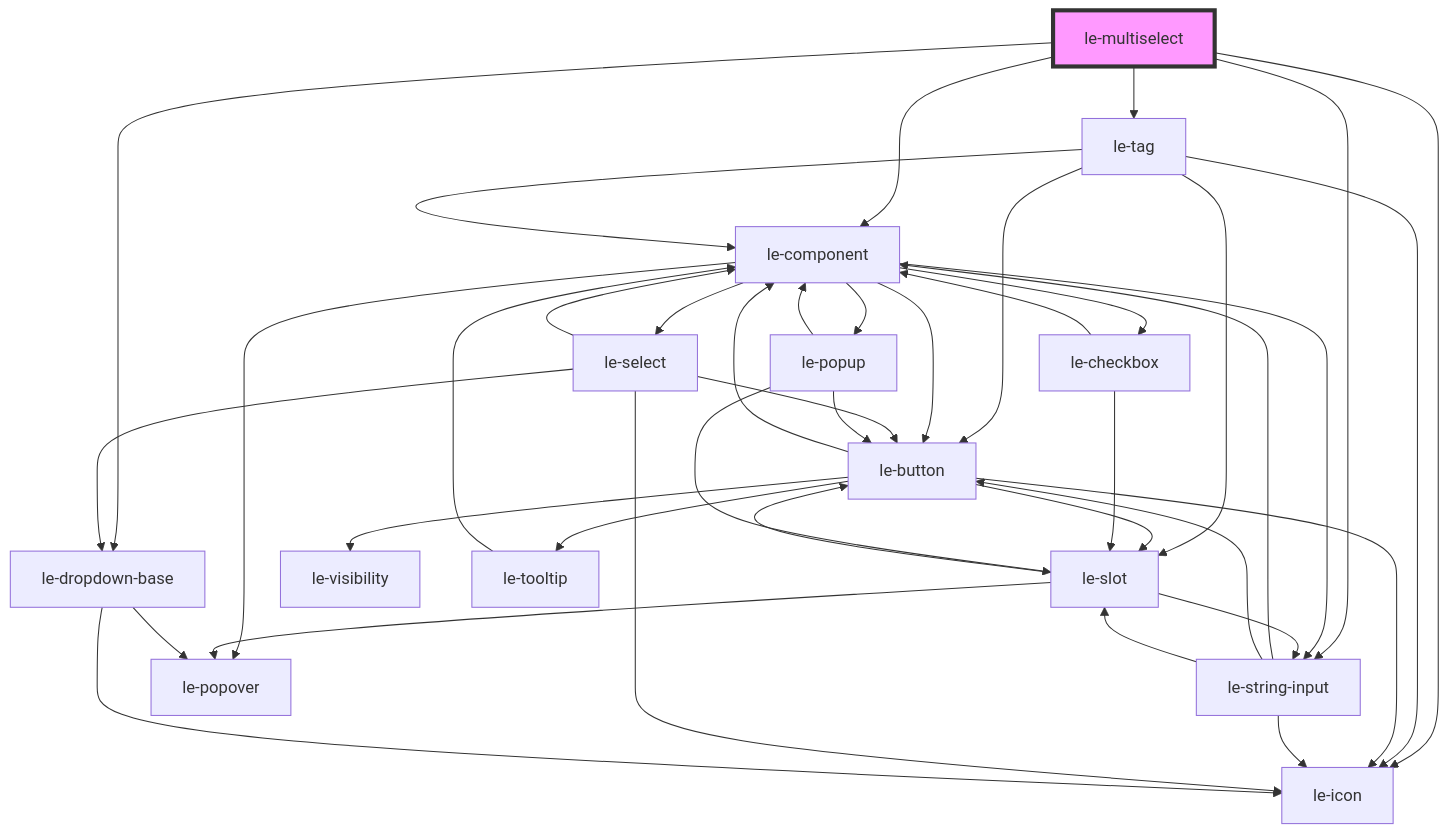
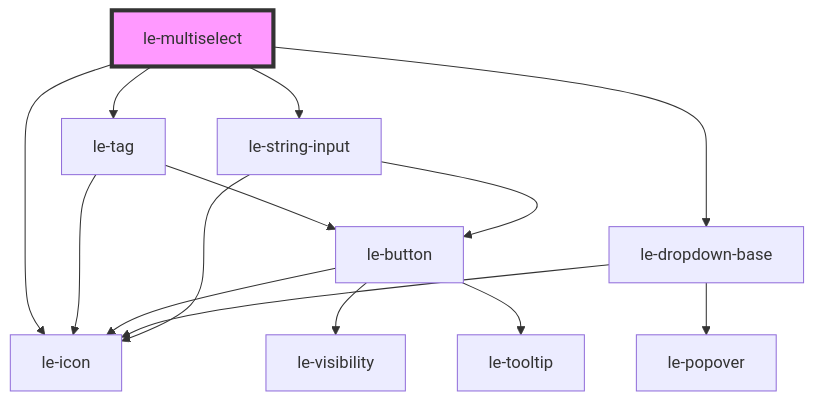
The diagram in packages/core/src/components/le-multiselect/readme.md (leechy/le-kit), drawn with Mermaid before and after one commit. The commit also changed other lines of this file and 44 other files, not shown here.

````diff
--- a/packages/core/src/components/le-multiselect/readme.md
+++ b/packages/core/src/components/le-multiselect/readme.md
@@ -86,43 +85,17 @@
 ```mermaid
 graph TD;
   le-multiselect --> le-tag
-  le-multiselect --> le-component
   le-multiselect --> le-dropdown-base
   le-multiselect --> le-icon
   le-multiselect --> le-string-input
-  le-tag --> le-component
-  le-tag --> le-slot
   le-tag --> le-button
   le-tag --> le-icon
-  le-component --> le-button
-  le-component --> le-select
-  le-component --> le-checkbox
-  le-component --> le-string-input
-  le-component --> le-popover
-  le-component --> le-popup
   le-button --> le-icon
   le-button --> le-visibility
-  le-button --> le-slot
-  le-button --> le-component
   le-button --> le-tooltip
-  le-slot --> le-popover
-  le-slot --> le-button
-  le-slot --> le-string-input
-  le-string-input --> le-component
+  le-dropdown-base --> le-icon
+  le-dropdown-base --> le-popover
   le-string-input --> le-button
   le-string-input --> le-icon
-  le-string-input --> le-slot
-  le-tooltip --> le-component
-  le-select --> le-icon
-  le-select --> le-component
-  le-select --> le-dropdown-base
-  le-select --> le-button
-  le-dropdown-base --> le-icon
-  le-dropdown-base --> le-popover
-  le-checkbox --> le-component
-  le-checkbox --> le-slot
-  le-popup --> le-slot
-  le-popup --> le-button
-  le-popup --> le-component
   style le-multiselect fill:#f9f,stroke:#333,stroke-width:4px
 ```
````
